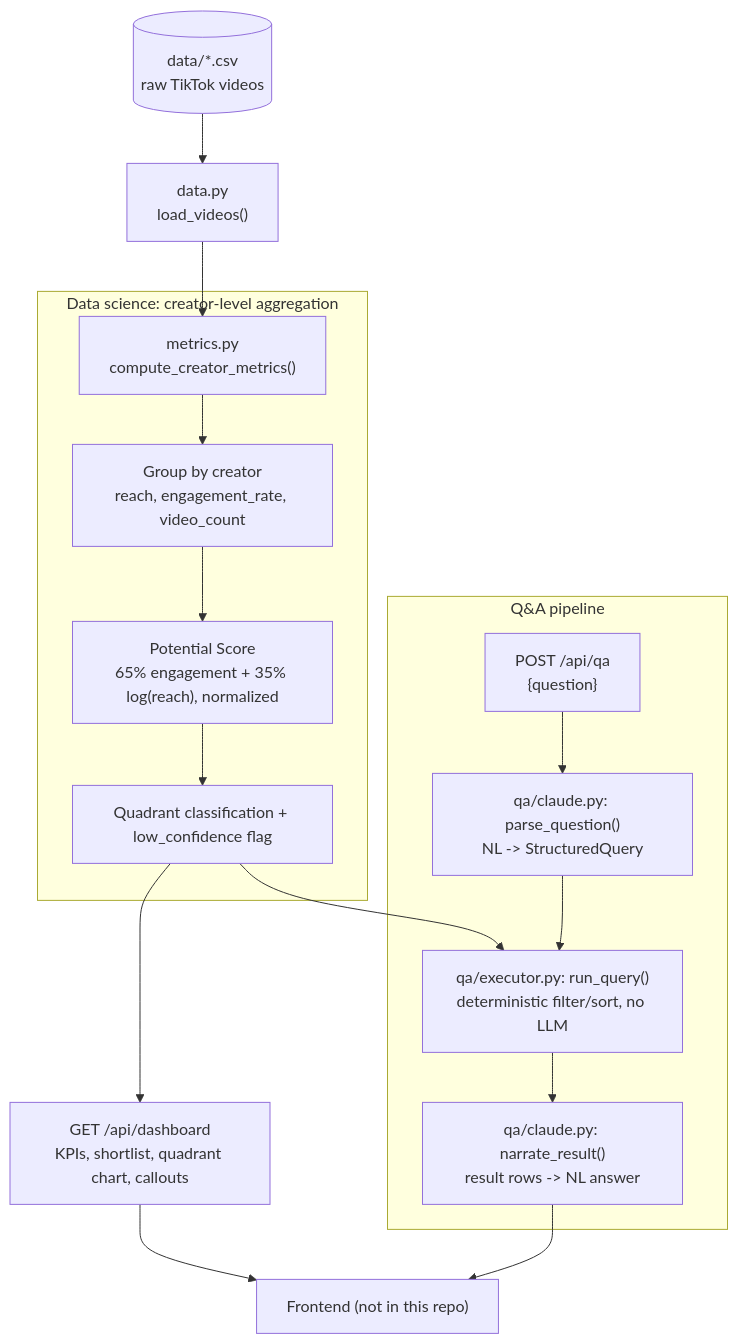
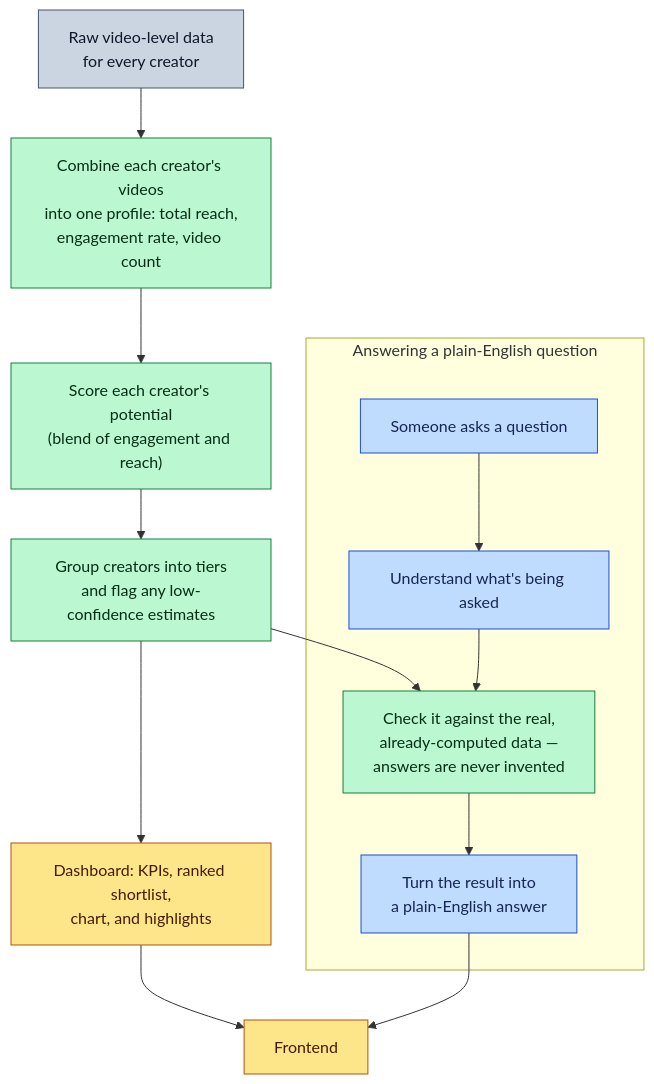
One commit to aneesav/cloutscout changed the diagram in README.md. Above: the diagram before and after it, drawn with Mermaid. The commit also changed other lines of this file, not shown here.

Commit message:
color-code architecture diagram and simplify diagram language; capitalize CloutScout in title

````diff
--- a/README.md
+++ b/README.md
@@ -29,23 +29,23 @@
 ```mermaid
 flowchart TD
-    CSV[("data/*.csv<br/>raw TikTok videos")] --> Load["data.py<br/>load_videos()"]
-    Load --> Metrics["metrics.py<br/>compute_creator_metrics()"]
+    Raw["Raw video-level data<br/>for every creator"]:::data --> Agg["Combine each creator's videos<br/>into one profile: total reach,<br/>engagement rate, video count"]:::ds
+    Agg --> Score["Score each creator's potential<br/>(blend of engagement and reach)"]:::ds
+    Score --> Class["Group creators into tiers<br/>and flag any low-confidence estimates"]:::ds
 
-    subgraph DS["Data science: creator-level aggregation"]
-        Metrics --> Agg["Group by creator<br/>reach, engagement_rate, video_count"]
-        Agg --> Score["Potential Score<br/>65% engagement + 35% log(reach), normalized"]
-        Score --> Quad["Quadrant classification + low_confidence flag"]
+    Class --> Dash["Dashboard: KPIs, ranked shortlist,<br/>chart, and highlights"]:::output
+    Class --> Run
+
+    subgraph QA["Answering a plain-English question"]
+        Ask["Someone asks a question"]:::qa --> Understand["Understand what's being asked"]:::qa
+        Understand --> Run["Check it against the real,<br/>already-computed data —<br/>answers are never invented"]:::ds
+        Run --> Explain["Turn the result into<br/>a plain-English answer"]:::qa
     end
 
-    Quad --> Dash["GET /api/dashboard<br/>KPIs, shortlist, quadrant chart, callouts"]
-    Quad --> Exec
+    Dash --> FE["Frontend"]:::output
+    Explain --> FE
 
-    subgraph QA["Q&A pipeline"]
-        Q["POST /api/qa<br/>{question}"] --> Parse["qa/claude.py: parse_question()<br/>NL -> StructuredQuery"]
-        Parse --> Exec["qa/executor.py: run_query()<br/>deterministic filter/sort, no LLM"]
-        Exec --> Narrate["qa/claude.py: narrate_result()<br/>result rows -> NL answer"]
-    end
-
-    Dash --> FE["Frontend (not in this repo)"]
-    Narrate --> FE
+    classDef data fill:#cbd5e1,stroke:#475569,color:#0f172a
+    classDef ds fill:#bbf7d0,stroke:#15803d,color:#052e16
+    classDef qa fill:#bfdbfe,stroke:#1d4ed8,color:#172554
+    classDef output fill:#fde68a,stroke:#b45309,color:#451a03
 ```
````
